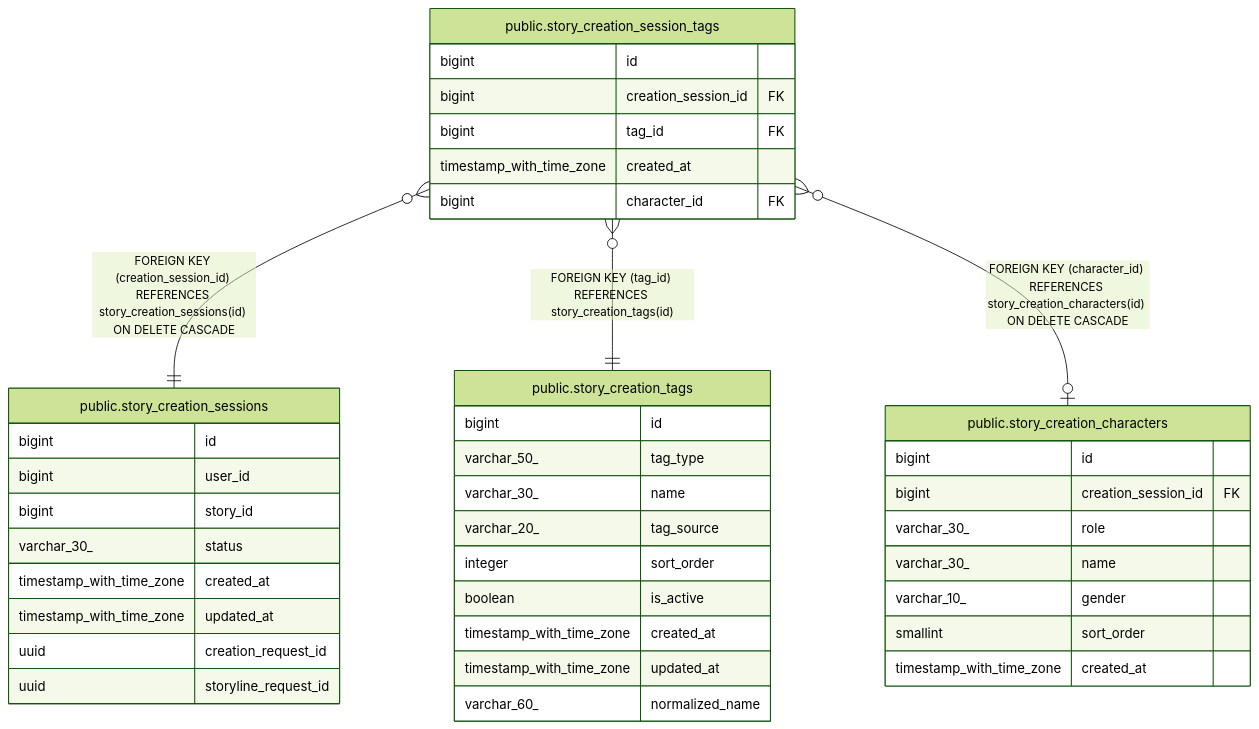
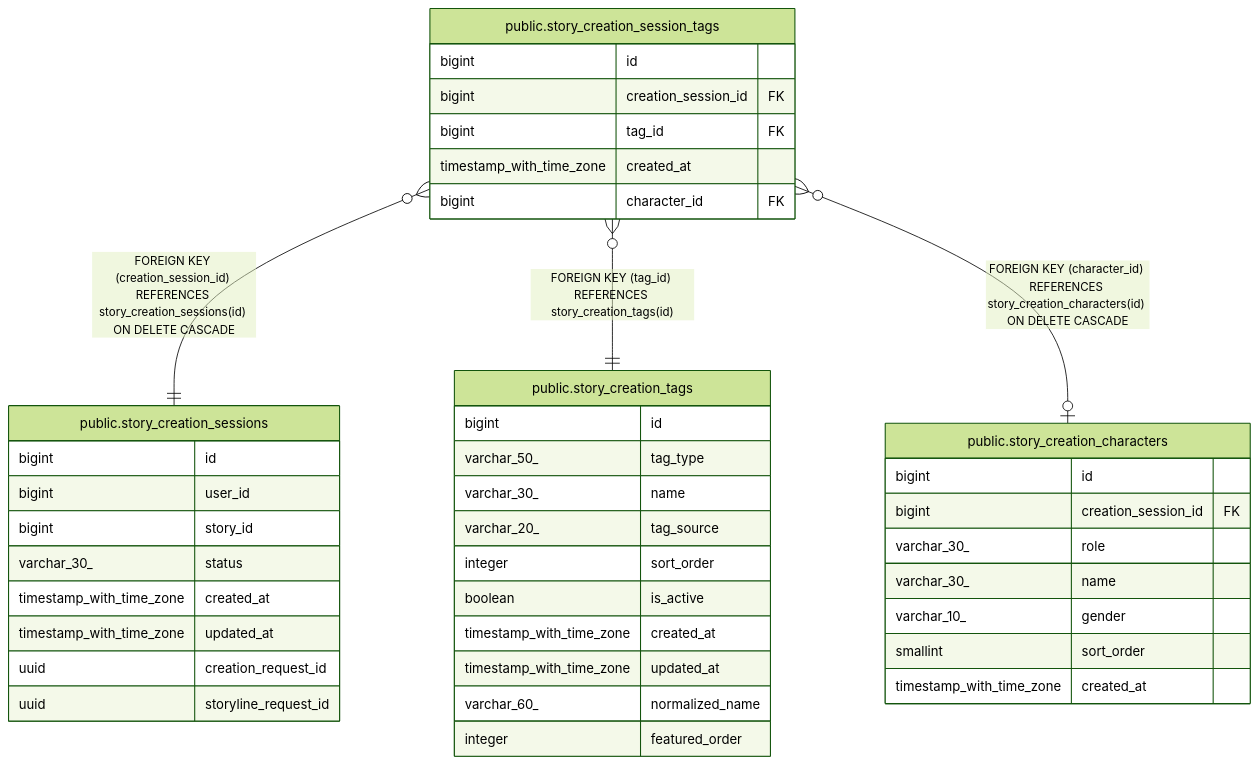
Before and after one commit to KIM-N-KANG/manyak-server: the diagram in dbdoc/public.story_creation_session_tags.md, drawn with Mermaid (forest theme). The commit also changed 20 other files, not shown here.

````diff
--- a/dbdoc/public.story_creation_session_tags.md
+++ b/dbdoc/public.story_creation_session_tags.md
@@ -33,45 +33,46 @@
 ```mermaid
 erDiagram
 
 "public.story_creation_session_tags" }o--|| "public.story_creation_sessions" : "FOREIGN KEY (creation_session_id) REFERENCES story_creation_sessions(id) ON DELETE CASCADE"
 "public.story_creation_session_tags" }o--|| "public.story_creation_tags" : "FOREIGN KEY (tag_id) REFERENCES story_creation_tags(id)"
 "public.story_creation_session_tags" }o--o| "public.story_creation_characters" : "FOREIGN KEY (character_id) REFERENCES story_creation_characters(id) ON DELETE CASCADE"
 
 "public.story_creation_session_tags" {
   bigint id
   bigint creation_session_id FK
   bigint tag_id FK
   timestamp_with_time_zone created_at
   bigint character_id FK
 }
 "public.story_creation_sessions" {
   bigint id
   bigint user_id
   bigint story_id
   varchar_30_ status
   timestamp_with_time_zone created_at
   timestamp_with_time_zone updated_at
   uuid creation_request_id
   uuid storyline_request_id
 }
 "public.story_creation_tags" {
   bigint id
   varchar_50_ tag_type
   varchar_30_ name
   varchar_20_ tag_source
   integer sort_order
   boolean is_active
   timestamp_with_time_zone created_at
   timestamp_with_time_zone updated_at
   varchar_60_ normalized_name
+  integer featured_order
 }
 "public.story_creation_characters" {
   bigint id
   bigint creation_session_id FK
   varchar_30_ role
   varchar_30_ name
   varchar_10_ gender
   smallint sort_order
   timestamp_with_time_zone created_at
 }
 ```
````
